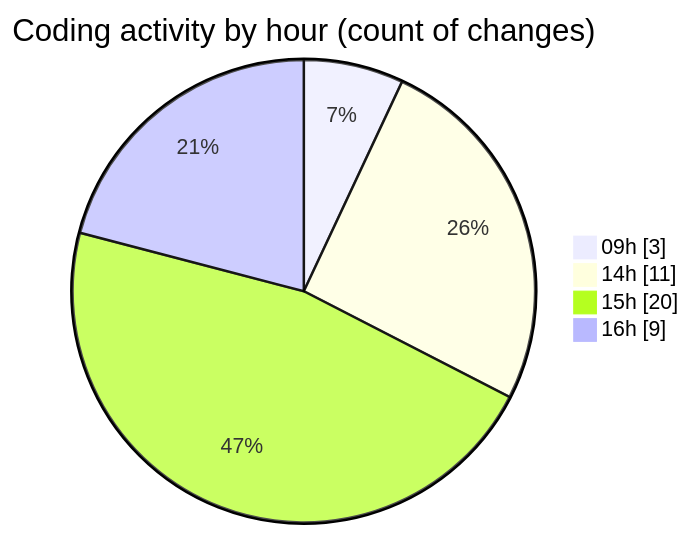
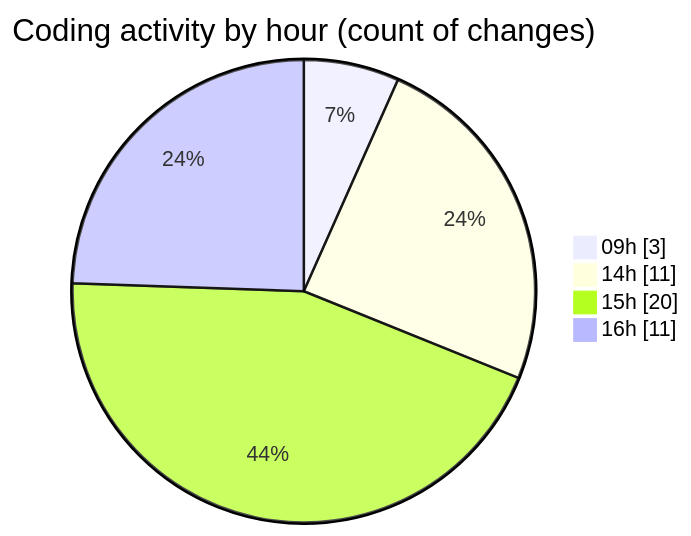
Before and after one commit to momahboobian/code-tracking: the second of 2 diagrams in 2025-08-11/cda/README.md, drawn with Mermaid. The commit also changed other lines of this file and 1 other file, not shown here.

````diff
--- a/2025-08-11/cda/README.md
+++ b/2025-08-11/cda/README.md
@@ -32,8 +33,8 @@
 ```mermaid
 pie showData
 title Coding activity by hour (count of changes)
 "09h" : 3
 "14h" : 11
 "15h" : 20
-"16h" : 9
+"16h" : 11
 ```
````
